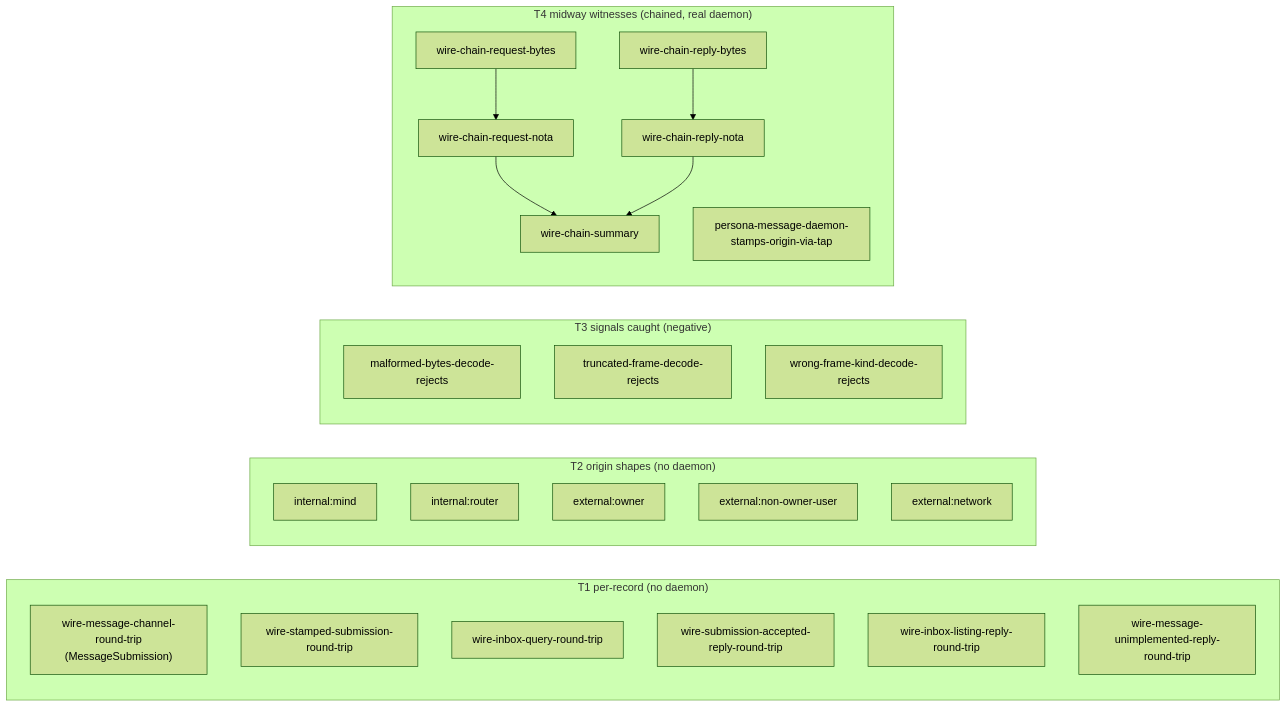
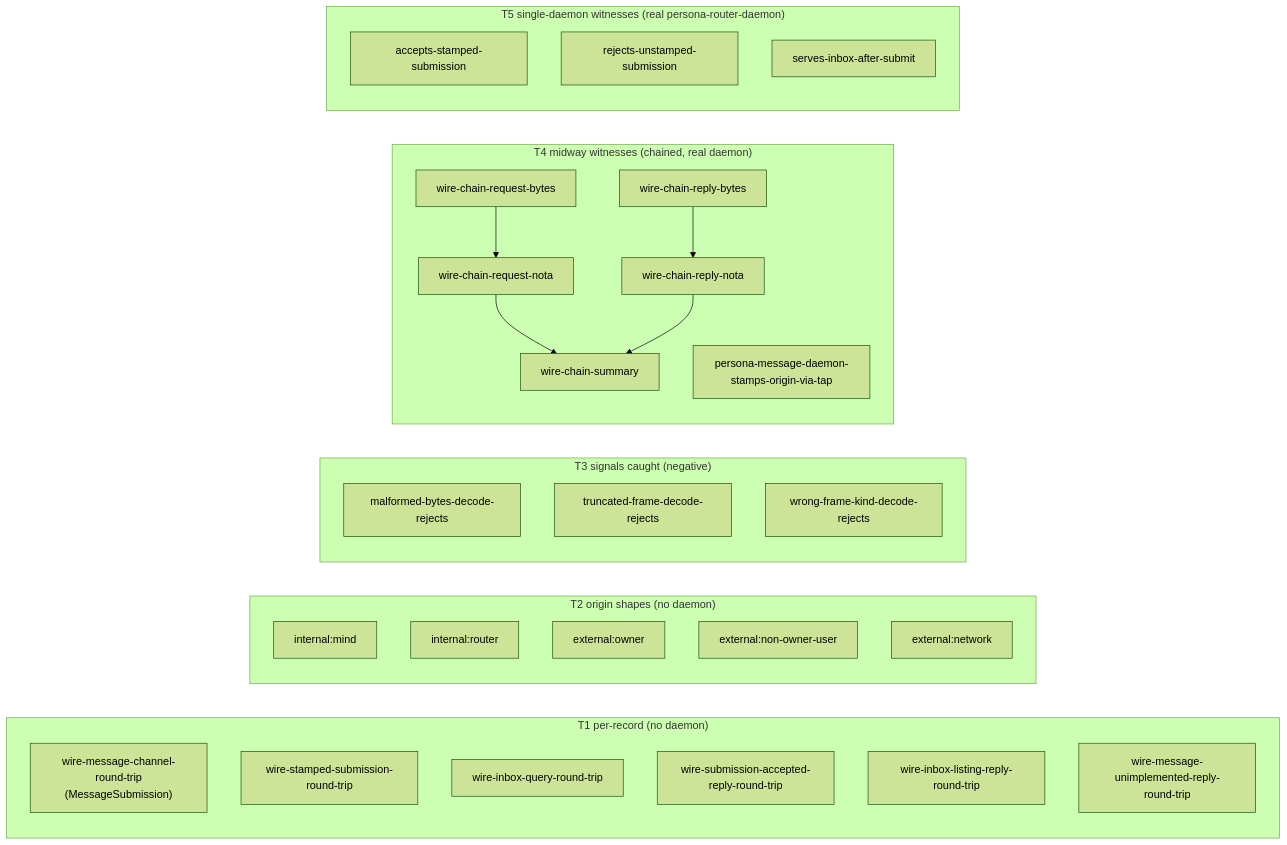
The first of 3 diagrams in TESTS.md (LiGoldragon/persona), drawn with Mermaid (forest theme) before and after one commit. The commit also changed other lines of this file and 1 other file, not shown here.

````diff
--- a/TESTS.md
+++ b/TESTS.md
@@ -68,33 +68,38 @@
 ```mermaid
 flowchart LR
     subgraph T1["T1 per-record (no daemon)"]
         t1a["wire-message-channel-round-trip<br/>(MessageSubmission)"]
         t1b["wire-stamped-submission-round-trip"]
         t1c["wire-inbox-query-round-trip"]
         t1d["wire-submission-accepted-reply-round-trip"]
         t1e["wire-inbox-listing-reply-round-trip"]
         t1f["wire-message-unimplemented-reply-round-trip"]
     end
     subgraph T2["T2 origin shapes (no daemon)"]
         t2a["internal:mind"]
         t2b["internal:router"]
         t2c["external:owner"]
         t2d["external:non-owner-user"]
         t2e["external:network"]
     end
     subgraph T3["T3 signals caught (negative)"]
         t3a["malformed-bytes-decode-rejects"]
         t3b["truncated-frame-decode-rejects"]
         t3c["wrong-frame-kind-decode-rejects"]
     end
     subgraph T4["T4 midway witnesses (chained, real daemon)"]
         t4a["wire-chain-request-bytes"]
         t4b["wire-chain-request-nota"]
         t4c["wire-chain-reply-bytes"]
         t4d["wire-chain-reply-nota"]
         t4e["wire-chain-summary"]
         t4f["persona-message-daemon-stamps-origin-via-tap"]
         t4a --> t4b --> t4e
         t4c --> t4d --> t4e
     end
+    subgraph T5["T5 single-daemon witnesses (real persona-router-daemon)"]
+        t5a["accepts-stamped-submission"]
+        t5b["rejects-unstamped-submission"]
+        t5c["serves-inbox-after-submit"]
+    end
 ```
````
